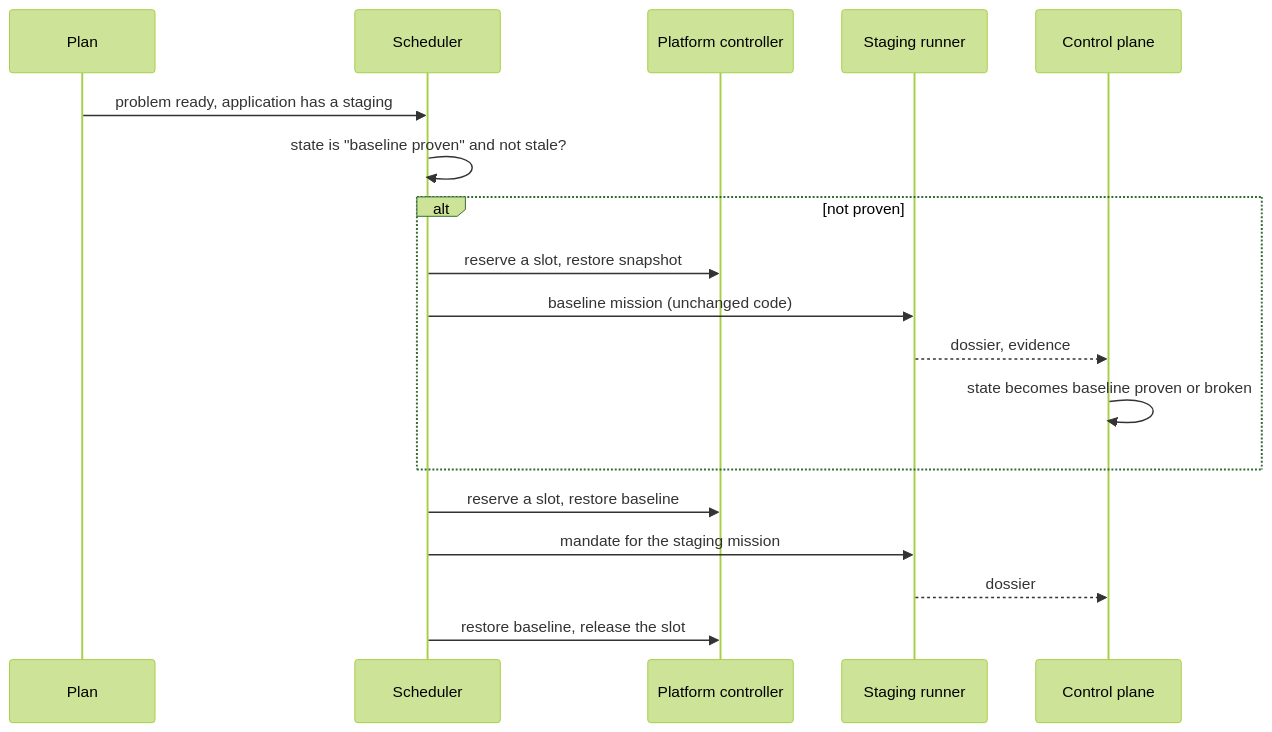
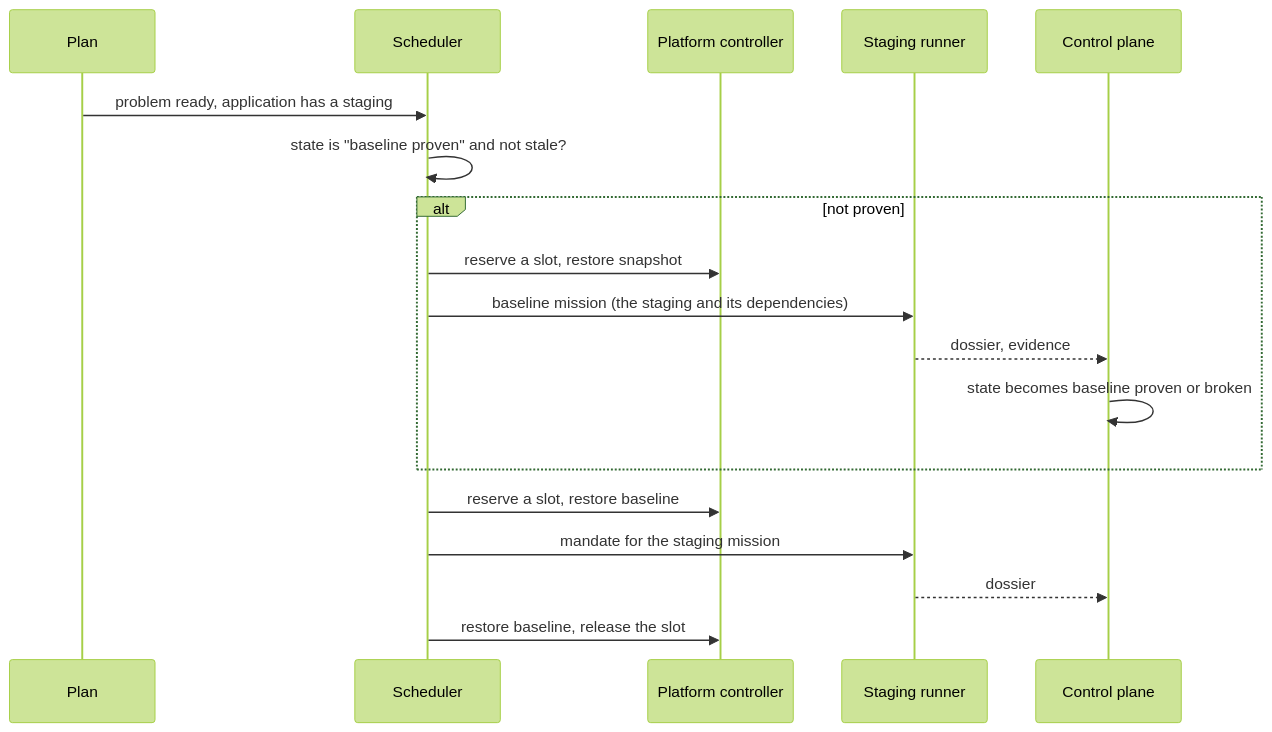
The tenth of 12 diagrams in docs/ARCHITECTURE.md (MafLabs38/orchestrarr), drawn with Mermaid (forest theme) before and after one commit. The commit also changed other lines of this file and 4 other files, not shown here.

````diff
--- a/docs/ARCHITECTURE.md
+++ b/docs/ARCHITECTURE.md
@@ -348,20 +348,20 @@
 ```mermaid
 sequenceDiagram
     participant PL as Plan
     participant SCH as Scheduler
     participant PC as Platform controller
     participant RS as Staging runner
     participant CP as Control plane
     PL->>SCH: problem ready, application has a staging
     SCH->>SCH: state is "baseline proven" and not stale?
     alt not proven
         SCH->>PC: reserve a slot, restore snapshot
-        SCH->>RS: baseline mission (unchanged code)
+        SCH->>RS: baseline mission (the staging and its dependencies)
         RS-->>CP: dossier, evidence
         CP->>CP: state becomes baseline proven or broken
     end
     SCH->>PC: reserve a slot, restore baseline
     SCH->>RS: mandate for the staging mission
     RS-->>CP: dossier
     SCH->>PC: restore baseline, release the slot
 ```
````
